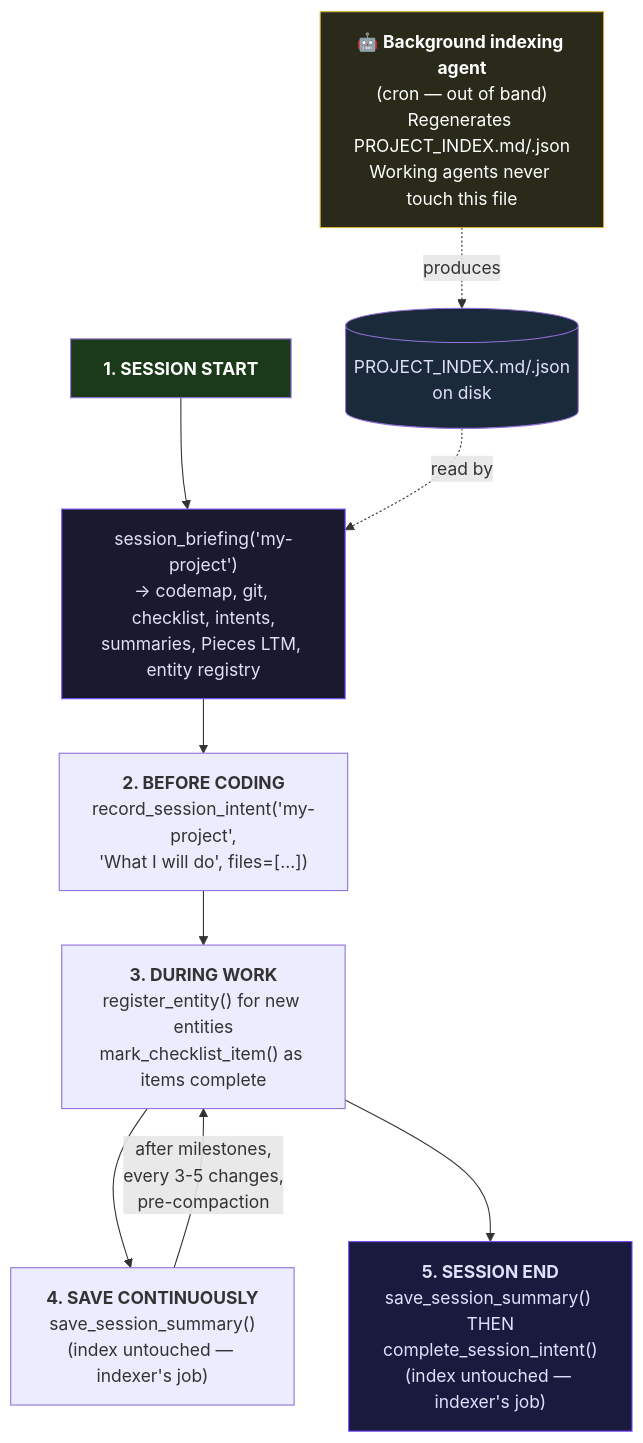
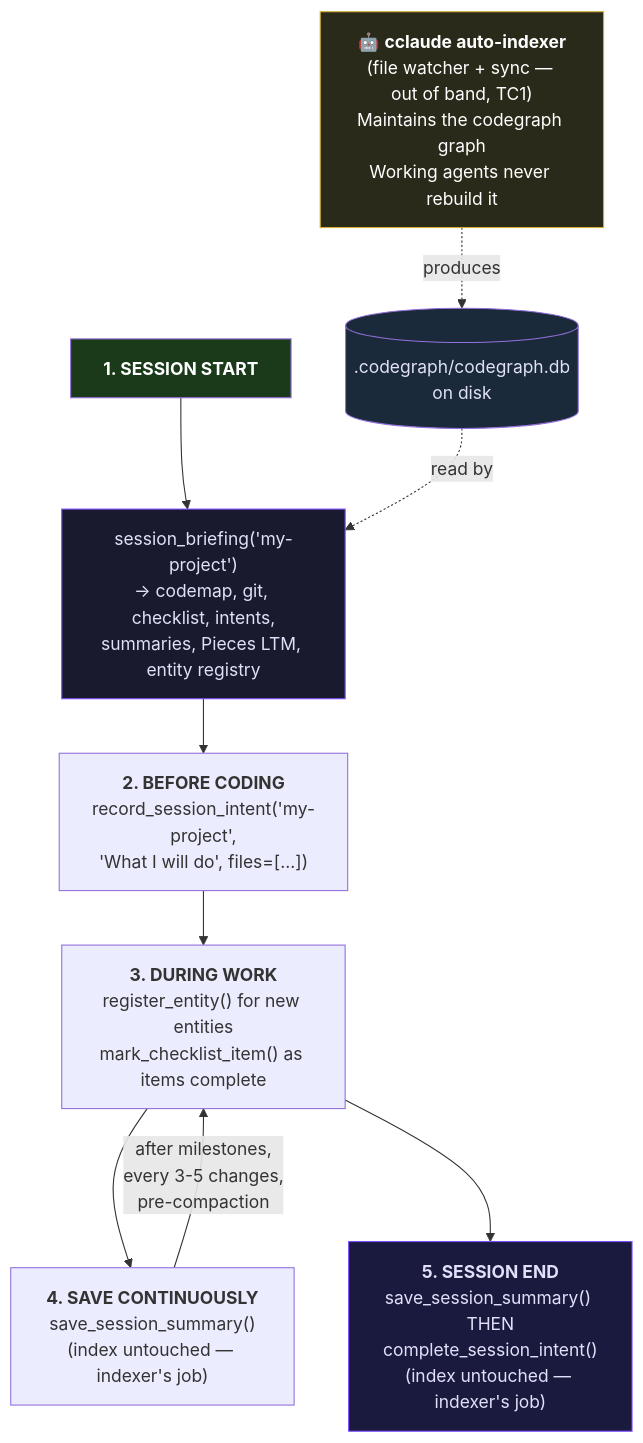
One commit to rebots-online/session-continuity-mcp changed the seventh of 8 diagrams in README.md. Above: the diagram before and after it, drawn with Mermaid. The commit also changed other lines of this file and 4 other files, not shown here.

First line of the commit message:
Codemap source: codegraph (TC8) replaces retired PROJECT_INDEX.*; add assess_turn convention-drift mode

````diff
--- a/README.md
+++ b/README.md
@@ -466,23 +465,23 @@
 ```mermaid
 flowchart TD
-    Indexer["🤖 <b>Background indexing agent</b><br>(cron — out of band)<br>Regenerates PROJECT_INDEX.md/.json<br>Working agents never touch this file"]
-    Indexer -.->|"produces"| PIFile[("PROJECT_INDEX.md/.json<br>on disk")]
+    Indexer["🤖 <b>cclaude auto-indexer</b><br>(file watcher + sync — out of band, TC1)<br>Maintains the codegraph graph<br>Working agents never rebuild it"]
+    Indexer -.->|"produces"| PIFile[(".codegraph/codegraph.db<br>on disk")]
 
     START["<b>1. SESSION START</b>"] --> Brief["session_briefing('my-project')<br>→ codemap, git, checklist, intents,<br>summaries, Pieces LTM, entity registry"]
     PIFile -.->|"read by"| Brief
 
     Brief --> Intent["<b>2. BEFORE CODING</b><br>record_session_intent('my-project',<br>'What I will do', files=[...])"]
 
     Intent --> Work["<b>3. DURING WORK</b><br>register_entity() for new entities<br>mark_checklist_item() as items complete"]
 
     Work --> Save["<b>4. SAVE CONTINUOUSLY</b><br>save_session_summary()<br>(index untouched — indexer's job)"]
     Save -->|"after milestones,<br>every 3-5 changes,<br>pre-compaction"| Work
 
     Work --> End["<b>5. SESSION END</b><br>save_session_summary() THEN<br>complete_session_intent()<br>(index untouched — indexer's job)"]
 
     style Indexer fill:#2a2a1a,color:#fff,stroke:#d4af37
     style PIFile fill:#1a2a3a,color:#e0e0fa
     style START fill:#1a3a1a,color:#fff
     style Brief fill:#1a1a2e,color:#e0e0fa,stroke:#7c4dff
     style End fill:#1a1a3e,color:#e0e0fa,stroke:#7c4dff
 ```
````
